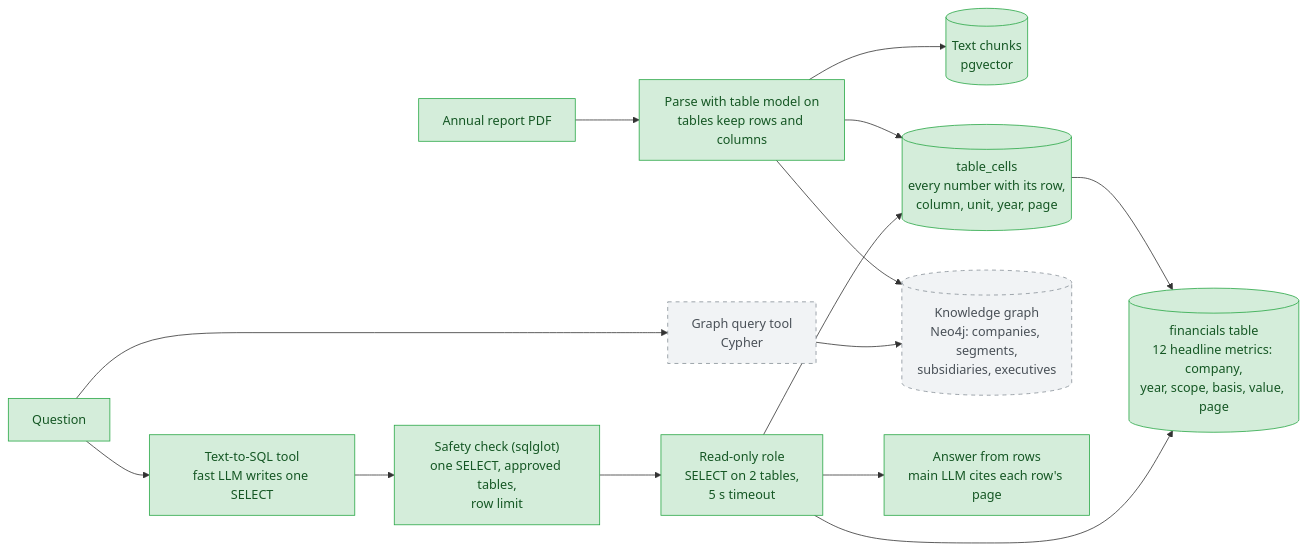
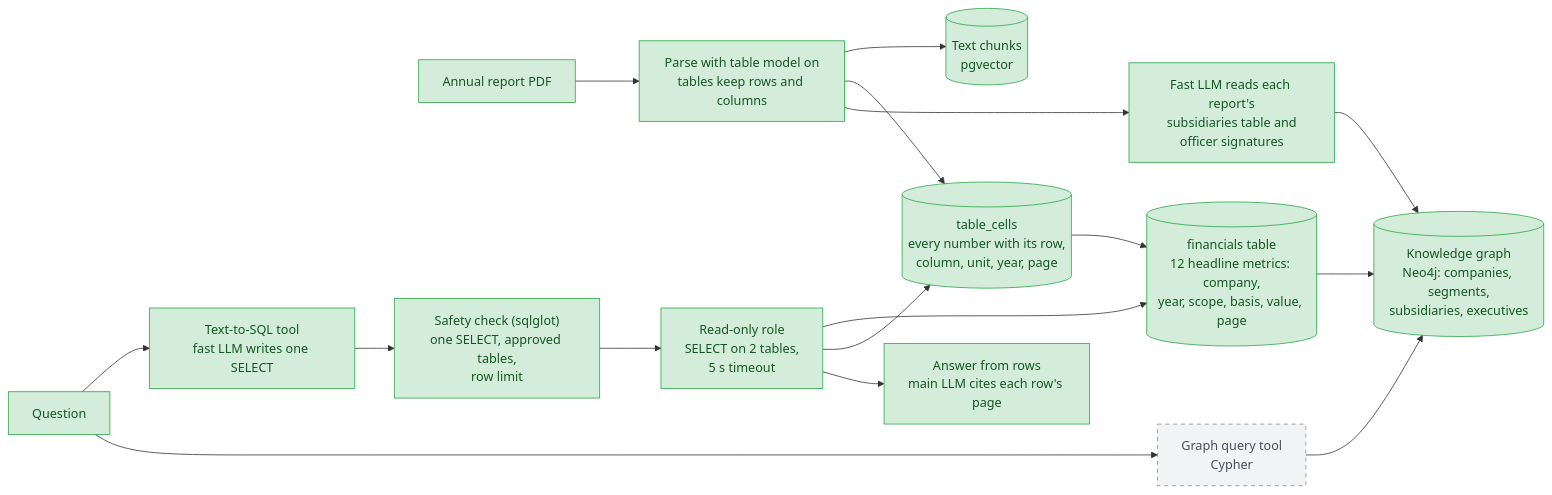
The fourth of 6 diagrams in README.md (madeleine68/Reportlens), drawn with Mermaid before and after one commit. The commit also changed other lines of this file and 16 other files, not shown here.

First line of the commit message:
Phase 3: Neo4j knowledge graph of segments, subsidiaries and executives

````diff
--- a/README.md
+++ b/README.md
@@ -222,21 +224,23 @@
 ```mermaid
 flowchart LR
     pdf["Annual report PDF"] --> parse["Parse with table model on<br/>tables keep rows and columns"]
     parse --> text[("Text chunks<br/>pgvector")]
     parse --> cells[("table_cells<br/>every number with its row,<br/>column, unit, year, page")]
     cells --> fin[("financials table<br/>12 headline metrics: company,<br/>year, scope, basis, value, page")]
-    parse --> kg[("Knowledge graph<br/>Neo4j: companies, segments,<br/>subsidiaries, executives")]
+    fin --> kg[("Knowledge graph<br/>Neo4j: companies, segments,<br/>subsidiaries, executives")]
+    parse --> extract["Fast LLM reads each report's<br/>subsidiaries table and<br/>officer signatures"]
+    extract --> kg
     q["Question"] --> sqltool["Text-to-SQL tool<br/>fast LLM writes one SELECT"]
     sqltool --> safety["Safety check (sqlglot)<br/>one SELECT, approved tables,<br/>row limit"]
     safety --> reader["Read-only role<br/>SELECT on 2 tables,<br/>5 s timeout"]
     reader --> fin
     reader --> cells
     reader --> sqlans["Answer from rows<br/>main LLM cites each row's page"]
     q --> cypher["Graph query tool<br/>Cypher"]
     cypher --> kg
 
     classDef planned fill:#f1f3f5,stroke:#868e96,color:#495057,stroke-dasharray: 5 5
     classDef done fill:#d4edda,stroke:#28a745,color:#155724
-    class pdf,parse,text,cells,fin,q,sqltool,safety,reader,sqlans done
-    class kg,cypher planned
+    class pdf,parse,text,cells,fin,q,sqltool,safety,reader,sqlans,extract,kg done
+    class cypher planned
 ```
````
